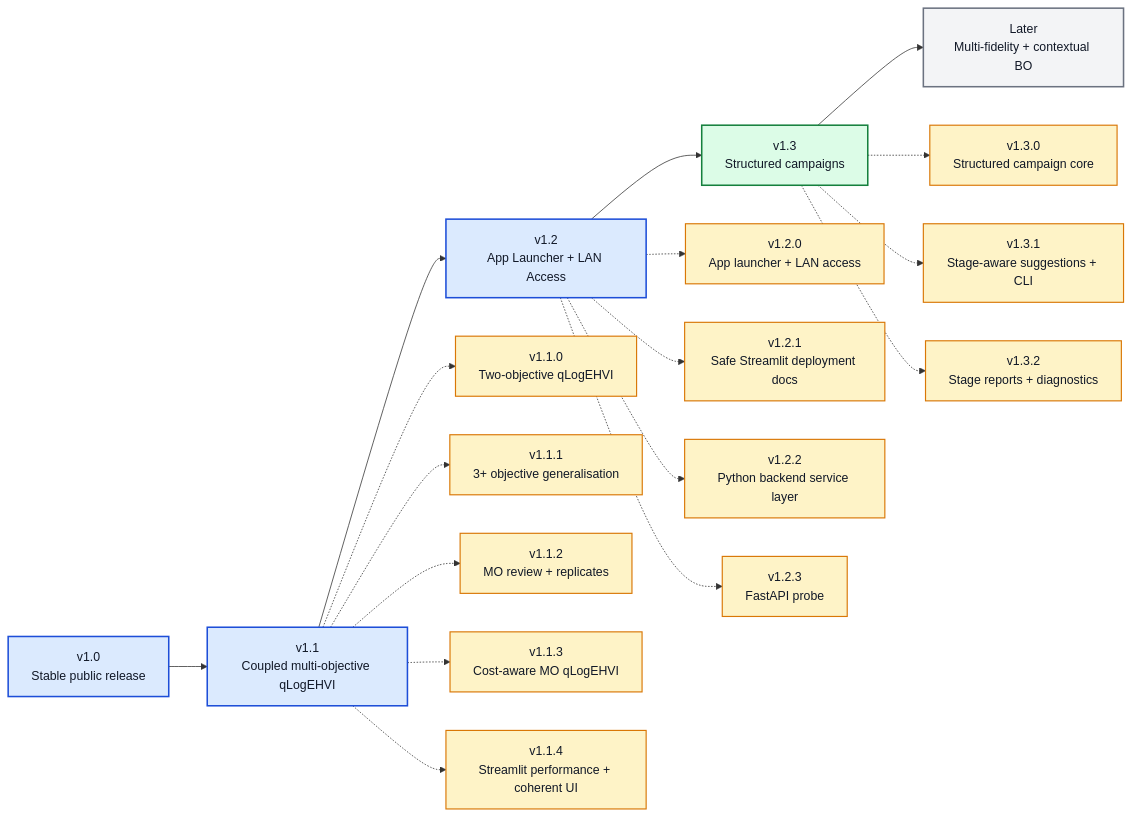
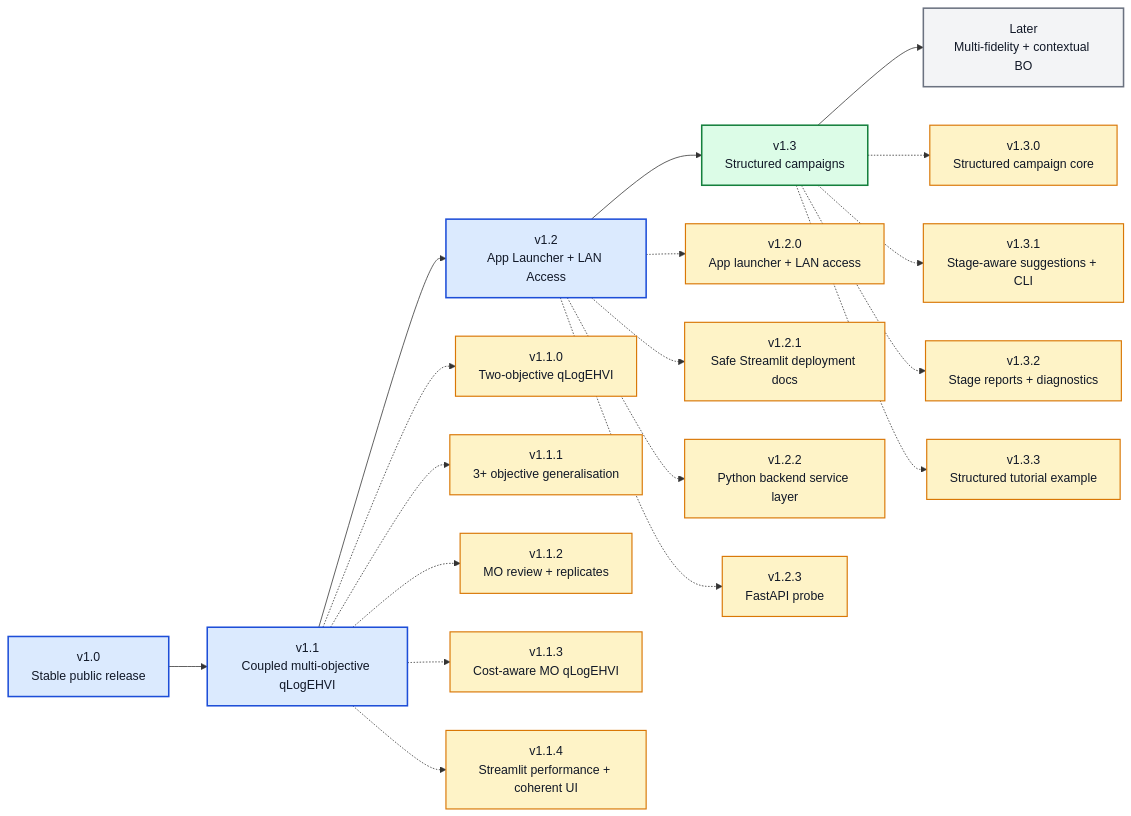
Before and after one commit to angzeli/bo-forge: the diagram in ROADMAP_V1_X.md, drawn with Mermaid. The commit also changed other lines of this file and 22 other files, not shown here.

````diff
--- a/ROADMAP_V1_X.md
+++ b/ROADMAP_V1_X.md
@@ -7,40 +7,42 @@
 ```mermaid
 flowchart LR
     v10["v1.0<br/>Stable public release"] --> v11["v1.1<br/>Coupled multi-objective qLogEHVI"] --> v12["v1.2<br/>App Launcher + LAN Access"] --> v13["v1.3<br/>Structured campaigns"] --> later["Later<br/>Multi-fidelity + contextual BO"]
 
     v110["v1.1.0<br/>Two-objective qLogEHVI"]
     v111["v1.1.1<br/>3+ objective generalisation"]
     v112["v1.1.2<br/>MO review + replicates"]
     v113["v1.1.3<br/>Cost-aware MO qLogEHVI"]
     v114["v1.1.4<br/>Streamlit performance + coherent UI"]
     v120["v1.2.0<br/>App launcher + LAN access"]
     v121["v1.2.1<br/>Safe Streamlit deployment docs"]
     v122["v1.2.2<br/>Python backend service layer"]
     v123["v1.2.3<br/>FastAPI probe"]
     v130["v1.3.0<br/>Structured campaign core"]
     v131["v1.3.1<br/>Stage-aware suggestions + CLI"]
     v132["v1.3.2<br/>Stage reports + diagnostics"]
+    v133["v1.3.3<br/>Structured tutorial example"]
     
     v11 -.-> v110
     v11 -.-> v111
     v11 -.-> v112
     v11 -.-> v113
     v11 -.-> v114
     v12 -.-> v120
     v12 -.-> v121
     v12 -.-> v122
     v12 -.-> v123
     v13 -.-> v130
     v13 -.-> v131
     v13 -.-> v132
+    v13 -.-> v133
 
     class v10,v11,v12 majorDone
     class v13 majorActive
     class later majorFuture
-    class v110,v111,v112,v113,v114,v120,v121,v122,v123,v130,v131,v132 patchDone
+    class v110,v111,v112,v113,v114,v120,v121,v122,v123,v130,v131,v132,v133 patchDone
 
     classDef majorDone fill:#dbeafe,stroke:#1d4ed8,stroke-width:2px,color:#111827;
     classDef majorActive fill:#dcfce7,stroke:#15803d,stroke-width:2px,color:#111827;
     classDef majorFuture fill:#f3f4f6,stroke:#6b7280,stroke-width:2px,color:#111827;
     classDef patchDone fill:#fef3c7,stroke:#d97706,stroke-width:1.5px,color:#111827;
 ```
````
